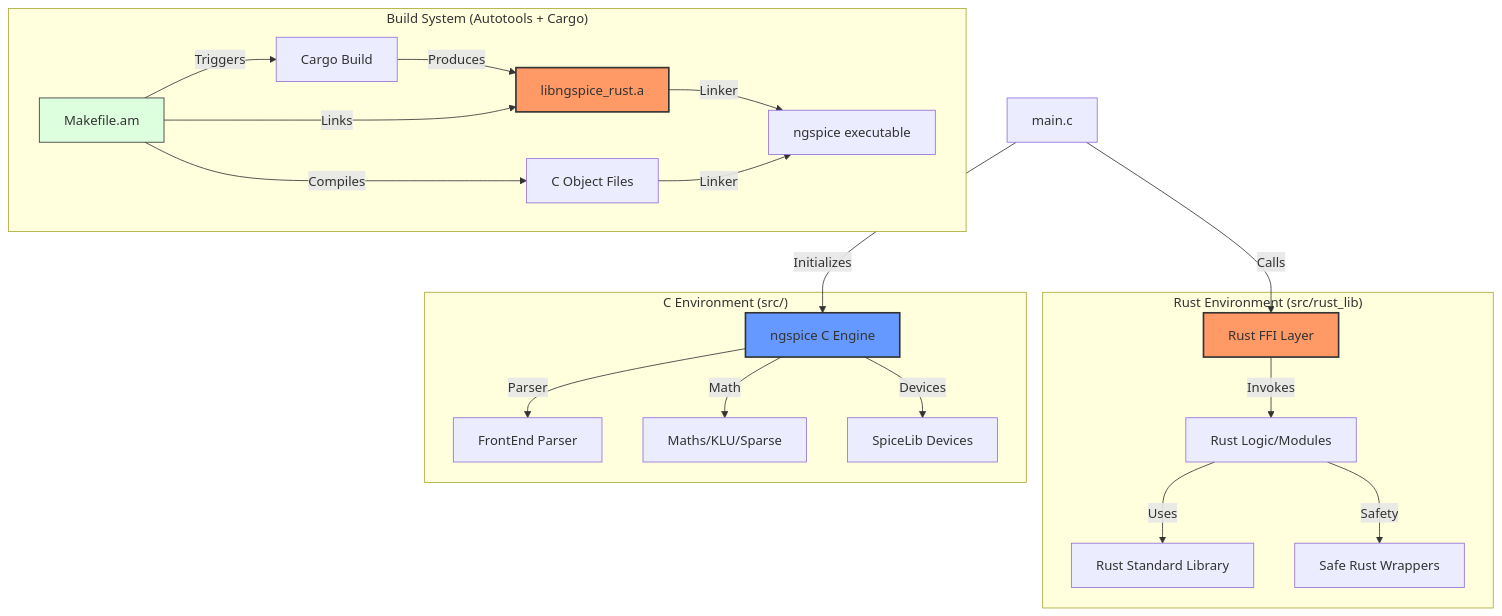
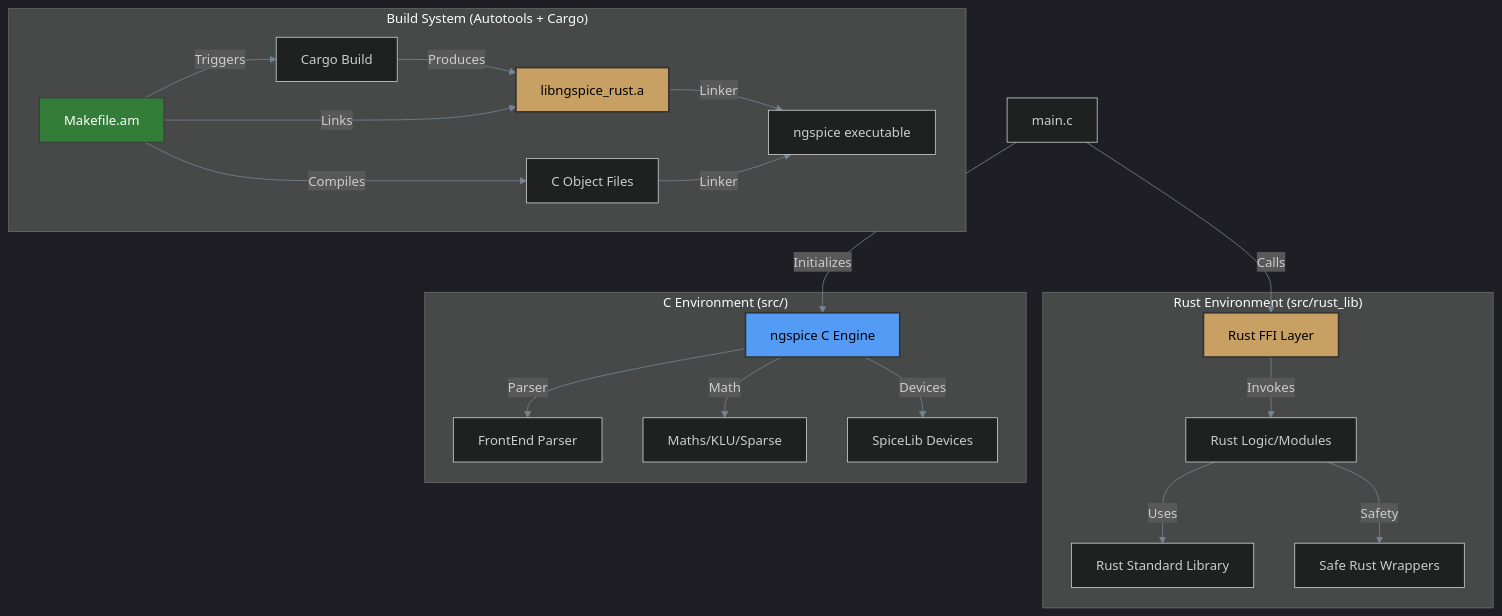
The second of 2 diagrams in ARCHITECTURE.md (ajsb85/ngspice-rust-hybrid), drawn with Mermaid before and after one commit. The commit also changed other lines of this file, not shown here.

Commit message:
Update ARCHITECTURE.md with ngspice internals and dark theme diagrams

````diff
--- a/ARCHITECTURE.md
+++ b/ARCHITECTURE.md
@@ -9,32 +48,33 @@
 ```mermaid
+%%{init: {'theme': 'dark', 'themeVariables': { 'primaryColor': '#2d333b', 'primaryTextColor': '#adbac7', 'primaryBorderColor': '#444c56', 'lineColor': '#768390', 'secondaryColor': '#22272e', 'tertiaryColor': '#2d333b'}}}%%
 graph TD
     %% Entry Point
     SubMain[main.c] -->|Calls| RustFFI[Rust FFI Layer]
     SubMain -->|Initializes| CEngine[ngspice C Engine]
 
     subgraph "Rust Environment (src/rust_lib)"
         RustFFI -->|Invokes| RustLogic[Rust Logic/Modules]
         RustLogic -->|Uses| RustStd[Rust Standard Library]
         RustLogic -->|Safety| SafeWrappers[Safe Rust Wrappers]
     end
 
     subgraph "C Environment (src/)"
         CEngine -->|Parser| CParser[FrontEnd Parser]
         CEngine -->|Math| CMath[Maths/KLU/Sparse]
         CEngine -->|Devices| CDevices[SpiceLib Devices]
     end
 
     subgraph "Build System (Autotools + Cargo)"
         Make[Makefile.am] -->|Triggers| Cargo[Cargo Build]
         Cargo -->|Produces| StaticLib[libngspice_rust.a]
         Make -->|Links| StaticLib
         Make -->|Compiles| CSource[C Object Files]
         StaticLib & CSource -->|Linker| Binary[ngspice executable]
     end
 
     %% Styles
-    style RustFFI fill:#f96,stroke:#333,stroke-width:2px
-    style StaticLib fill:#f96,stroke:#333,stroke-width:2px
-    style CEngine fill:#69f,stroke:#333,stroke-width:2px
-    style Make fill:#dfd,stroke:#333
+    style RustFFI fill:#c9a063,stroke:#333,stroke-width:2px,color:#000
+    style StaticLib fill:#c9a063,stroke:#333,stroke-width:2px,color:#000
+    style CEngine fill:#539bf5,stroke:#333,stroke-width:2px,color:#000
+    style Make fill:#347d39,stroke:#333,color:#fff
 ```
````
